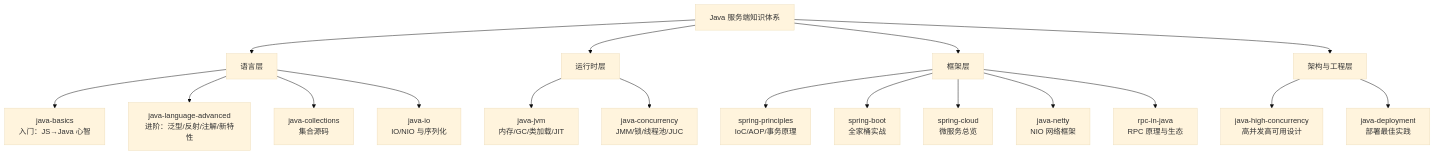
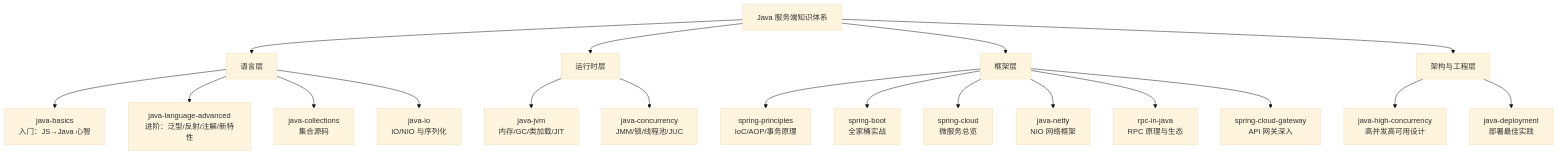
One commit to jun2333/knowledge changed the diagram in docs/service/java/index.md. Above: the diagram before and after it, drawn with Mermaid (base theme). The commit also changed other lines of this file and 6 other files, not shown here.

First line of the commit message:
feat(java): 新增 API 网关深度篇，展开 Gateway 的路由/鉴权/日志与职责边界

````diff
--- a/docs/service/java/index.md
+++ b/docs/service/java/index.md
@@ -9,24 +9,25 @@
 ```mermaid
 graph TD
     A[Java 服务端知识体系] --> B[语言层]
     A --> C[运行时层]
     A --> D[框架层]
     A --> E[架构与工程层]
 
     B --> B1["java-basics<br/>入门：JS→Java 心智"]
     B --> B2["java-language-advanced<br/>进阶：泛型/反射/注解/新特性"]
     B --> B3["java-collections<br/>集合源码"]
     B --> B4["java-io<br/>IO/NIO 与序列化"]
 
     C --> C1["java-jvm<br/>内存/GC/类加载/JIT"]
     C --> C2["java-concurrency<br/>JMM/锁/线程池/JUC"]
 
     D --> D1["spring-principles<br/>IoC/AOP/事务原理"]
     D --> D2["spring-boot<br/>全家桶实战"]
     D --> D3["spring-cloud<br/>微服务总览"]
     D --> D4["java-netty<br/>NIO 网络框架"]
     D --> D5["rpc-in-java<br/>RPC 原理与生态"]
+    D --> D6["spring-cloud-gateway<br/>API 网关深入"]
 
     E --> E1["java-high-concurrency<br/>高并发高可用设计"]
     E --> E2["java-deployment<br/>部署最佳实践"]
 ```
````
